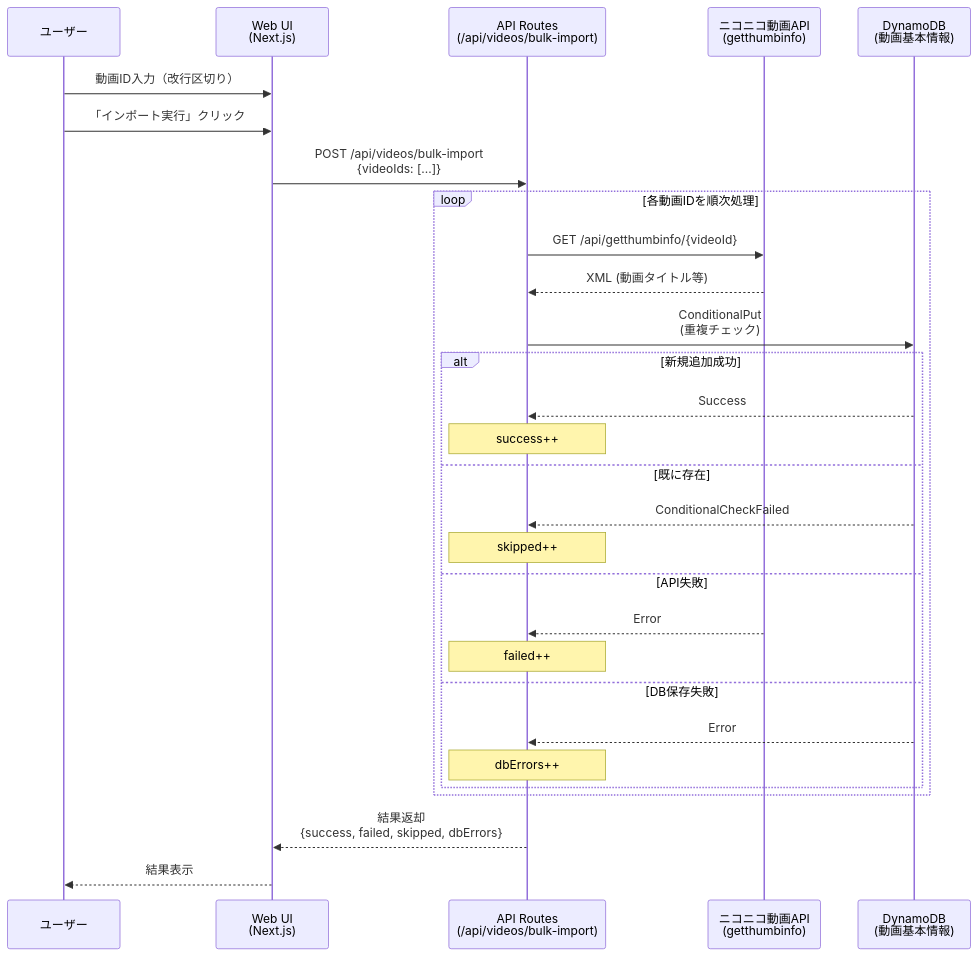
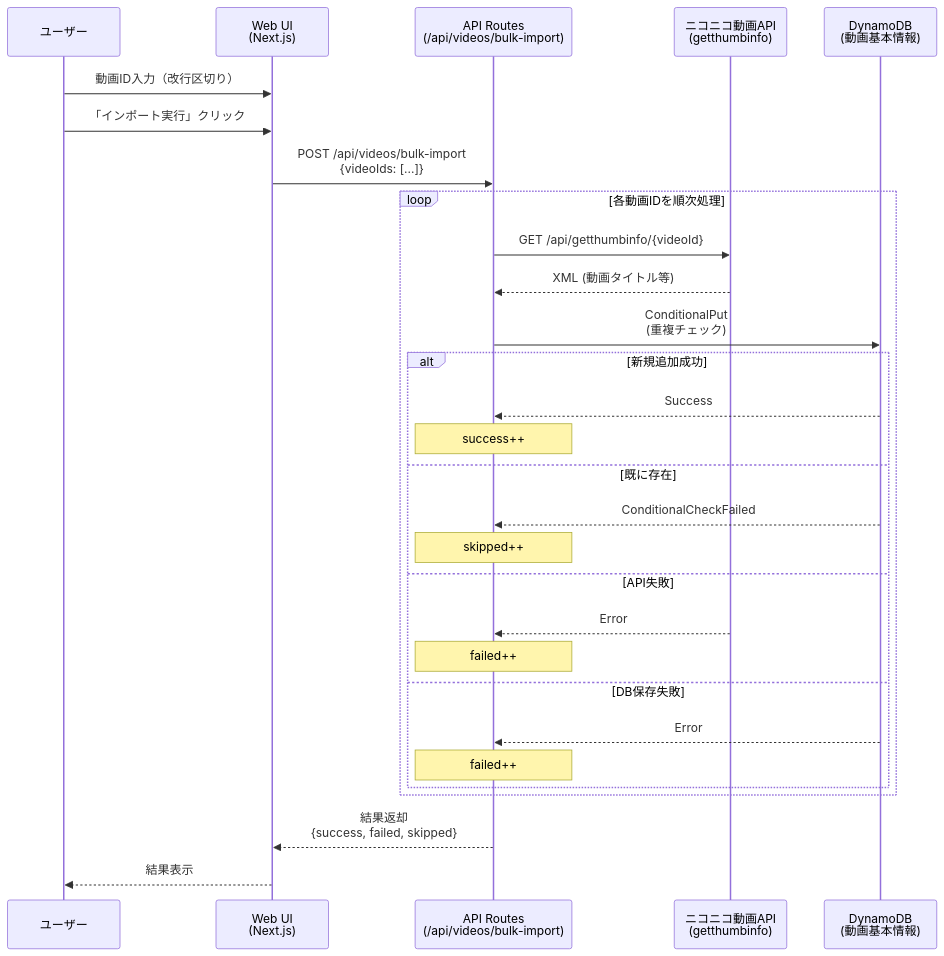
Before and after one commit to nagiyu/nagiyu-platform: the second of 7 diagrams in tasks/niconico-mylist-assistant/architecture.md, drawn with Mermaid. The commit also changed other lines of this file and 2 other files, not shown here.

Commit message:
fix: Update API documentation to clarify URL structure and response fields

````diff
--- a/tasks/niconico-mylist-assistant/architecture.md
+++ b/tasks/niconico-mylist-assistant/architecture.md
@@ -118,34 +119,34 @@
 ```mermaid
 sequenceDiagram
     participant User as ユーザー
     participant Web as Web UI<br/>(Next.js)
     participant API as API Routes<br/>(/api/videos/bulk-import)
     participant Nico as ニコニコ動画API<br/>(getthumbinfo)
     participant DDB as DynamoDB<br/>(動画基本情報)
 
     User->>Web: 動画ID入力（改行区切り）
     User->>Web: 「インポート実行」クリック
     Web->>API: POST /api/videos/bulk-import<br/>{videoIds: [...]}
 
     loop 各動画IDを順次処理
         API->>Nico: GET /api/getthumbinfo/{videoId}
         Nico-->>API: XML (動画タイトル等)
         API->>DDB: ConditionalPut<br/>(重複チェック)
         alt 新規追加成功
             DDB-->>API: Success
             Note over API: success++
         else 既に存在
             DDB-->>API: ConditionalCheckFailed
             Note over API: skipped++
         else API失敗
             Nico-->>API: Error
             Note over API: failed++
         else DB保存失敗
             DDB-->>API: Error
-            Note over API: dbErrors++
+            Note over API: failed++
         end
     end
 
-    API-->>Web: 結果返却<br/>{success, failed, skipped, dbErrors}
+    API-->>Web: 結果返却<br/>{success, failed, skipped}
     Web-->>User: 結果表示
 ```
````
